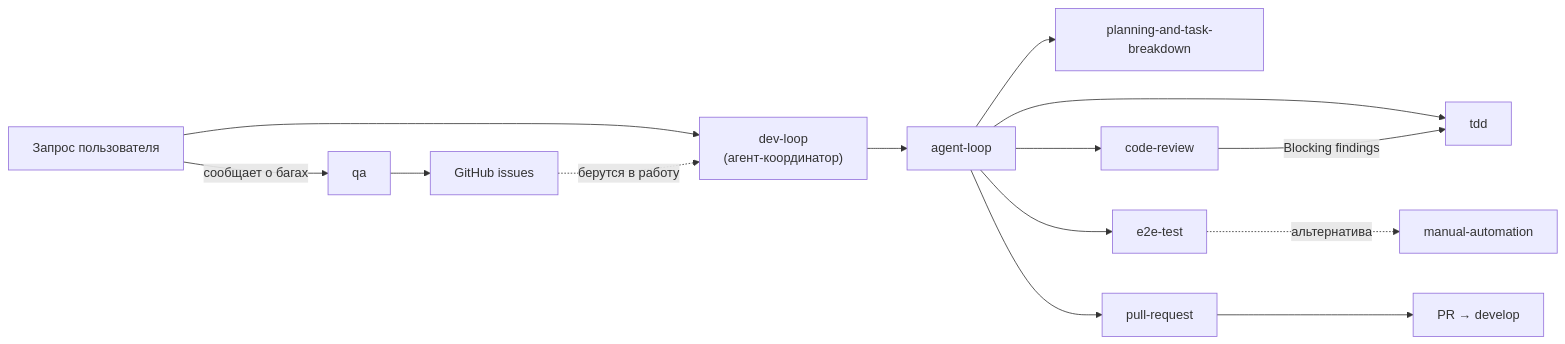
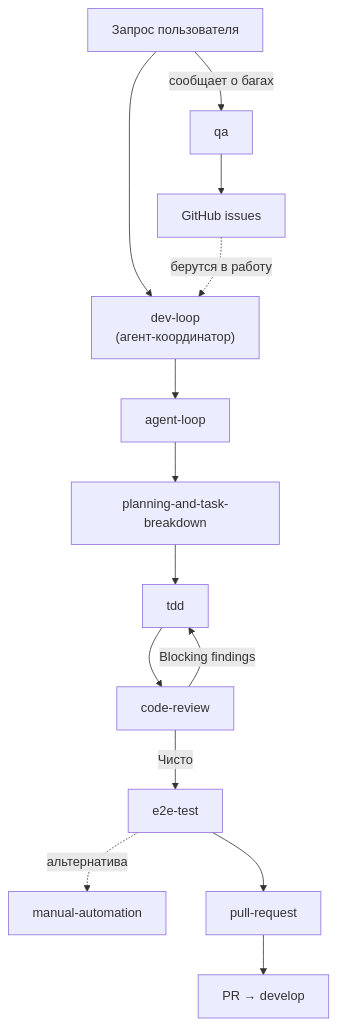
Before and after one commit to Myrhoiazov/ddc-nl-crm: the diagram in .agents/README.md, drawn with Mermaid.

Commit message:
docs(agents): lay out the skill interaction map vertically

````diff
--- a/.agents/README.md
+++ b/.agents/README.md
@@ -36,16 +36,16 @@
 ```mermaid
-graph LR
+graph TD
     User["Запрос пользователя"] --> DevLoop["dev-loop<br/>(агент-координатор)"]
-    DevLoop --> AgentLoop["agent-loop"]
-    AgentLoop --> Planning["planning-and-task-breakdown"]
-    AgentLoop --> TDD["tdd"]
-    AgentLoop --> Review["code-review"]
-    AgentLoop --> E2E["e2e-test"]
-    AgentLoop --> PR["pull-request"]
-    E2E -. "альтернатива" .-> Manual["manual-automation"]
-    Review -- "Blocking findings" --> TDD
     User -- "сообщает о багах" --> QA["qa"]
     QA --> Issues["GitHub issues"]
     Issues -. "берутся в работу" .-> DevLoop
+    DevLoop --> AgentLoop["agent-loop"]
+    AgentLoop --> Planning["planning-and-task-breakdown"]
+    Planning --> TDD["tdd"]
+    TDD --> Review["code-review"]
+    Review -- "Blocking findings" --> TDD
+    Review -- "Чисто" --> E2E["e2e-test"]
+    E2E -. "альтернатива" .-> Manual["manual-automation"]
+    E2E --> PR["pull-request"]
     PR --> Develop["PR → develop"]
 ```
````
